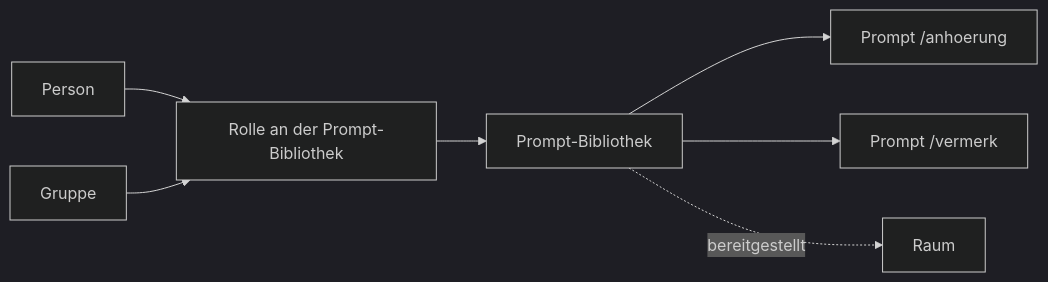
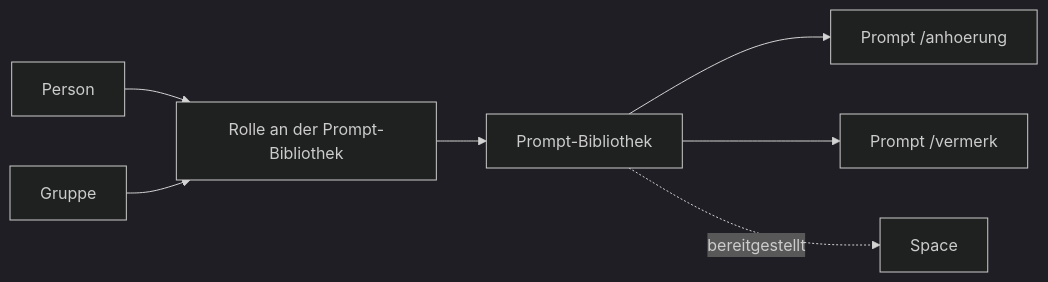
One commit to criew/opaa changed the diagram in docs/handbuch/prompt-bibliotheken.md. Above: the diagram before and after it, drawn with Mermaid (dark theme). The commit also changed other lines of this file and 5 other files, not shown here.

First line of the commit message:
docs(handbuch): durchgehend „Space" statt „Raum"

````diff
--- a/docs/handbuch/prompt-bibliotheken.md
+++ b/docs/handbuch/prompt-bibliotheken.md
@@ -26,9 +26,9 @@
 ```mermaid
 flowchart LR
     P[Person] --> R[Rolle an der Prompt-Bibliothek]
     G[Gruppe] --> R
     R --> B[Prompt-Bibliothek]
     B --> PR1[Prompt /anhoerung]
     B --> PR2[Prompt /vermerk]
-    B -. bereitgestellt .-> S[Raum]
+    B -. bereitgestellt .-> S[Space]
 ```
````
